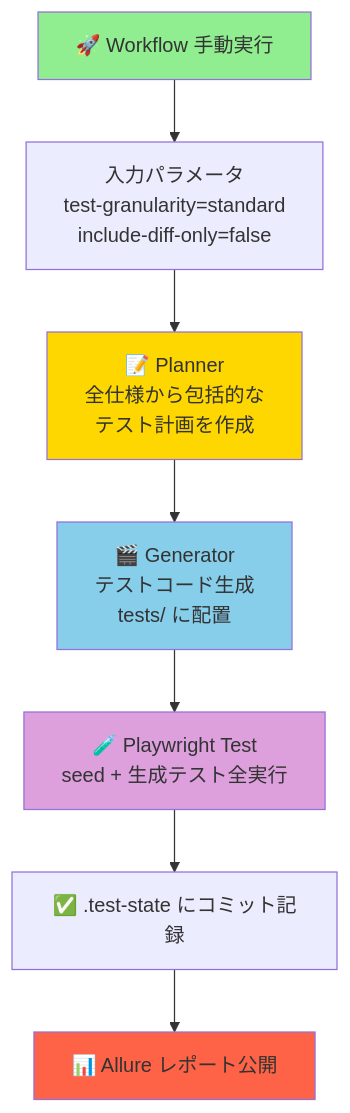
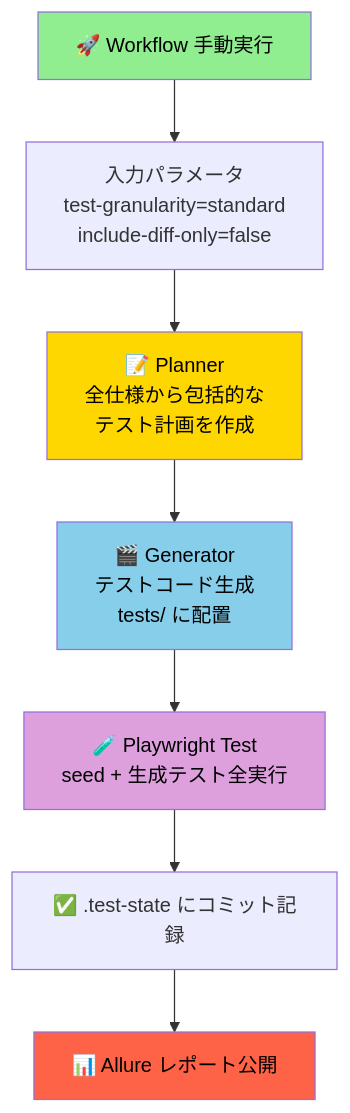
One commit to cocomomojo/test_app-agents changed the first of 2 diagrams in README.md. Above: the diagram before and after it, drawn with Mermaid. The commit also changed other lines of this file, not shown here.

````diff
--- a/README.md
+++ b/README.md
@@ -77,18 +77,18 @@
 ```mermaid
 flowchart TD
     A["🚀 Workflow 手動実行"]
     B["入力パラメータ<br/>test-granularity=standard<br/>include-diff-only=false"]
     C["📝 Planner<br/>全仕様から包括的な<br/>テスト計画を作成"]
     D["🎬 Generator<br/>テストコード生成<br/>tests/ に配置"]
     E["🧪 Playwright Test<br/>seed + 生成テスト全実行"]
     F["✅ .test-state にコミット記録"]
     G["📊 Allure レポート公開"]
 
     A --> B --> C --> D --> E --> F --> G
     
-    style A fill:#90EE90
-    style C fill:#FFD700
-    style D fill:#87CEEB
-    style E fill:#DDA0DD
-    style G fill:#FF6347
+    style A fill:#90EE90,color:#000
+    style C fill:#FFD700,color:#000
+    style D fill:#87CEEB,color:#000
+    style E fill:#DDA0DD,color:#000
+    style G fill:#FF6347,color:#000
 ```
````
